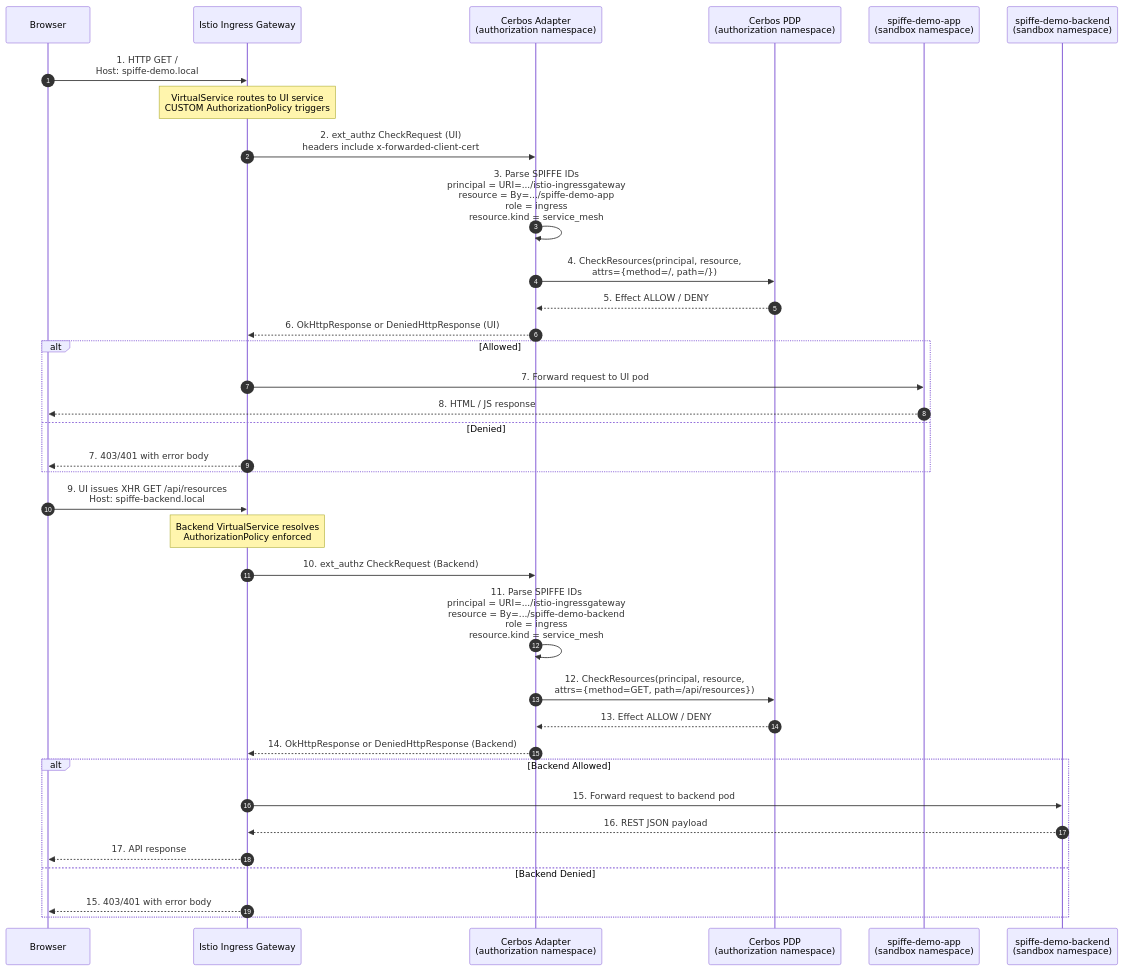
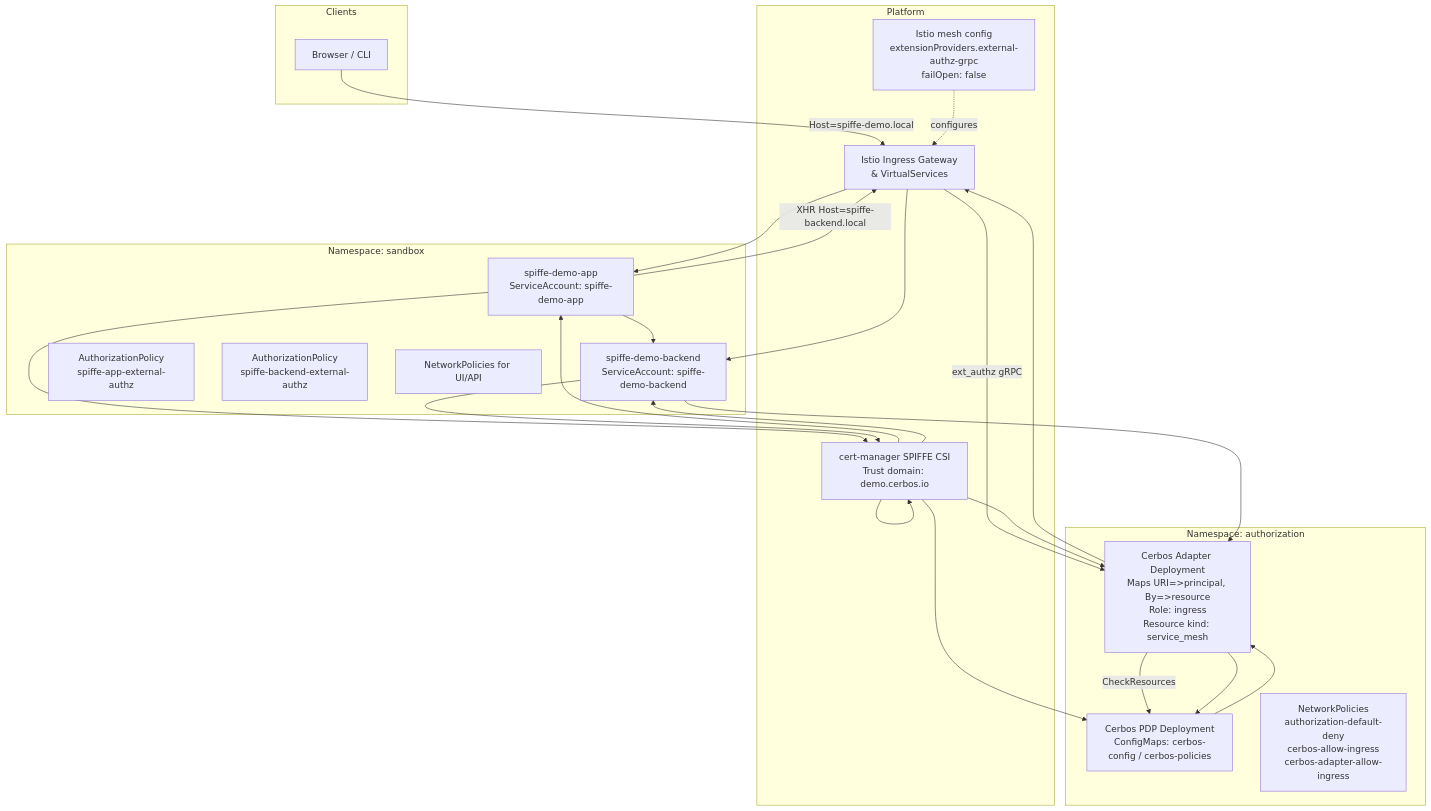
The first of 2 diagrams in README.md (cerbos/cerbos-zta-istio-spiffe), drawn with Mermaid before and after one commit. The commit also changed other lines of this file, not shown here.

````diff
--- a/README.md
+++ b/README.md
@@ -17,38 +13,37 @@
 ```mermaid
-sequenceDiagram
-    autonumber
-    participant Browser
-    participant Istio as Istio Ingress Gateway
-    participant Adapter as Cerbos Adapter<br/>(authorization namespace)
-    participant Cerbos as Cerbos PDP<br/>(authorization namespace)
-    participant App as spiffe-demo-app<br/>(sandbox namespace)
-    participant Backend as spiffe-demo-backend<br/>(sandbox namespace)
+flowchart TB
+    subgraph "Clients"
+        Browser[Browser / CLI]
+    end
 
-    Browser->>Istio: 1. HTTP GET /<br/>Host: spiffe-demo.local
-    Note over Istio: VirtualService routes to UI service<br/>CUSTOM AuthorizationPolicy triggers
-    Istio->>Adapter: 2. ext_authz CheckRequest (UI)<br/>headers include x-forwarded-client-cert
-    Adapter->>Adapter: 3. Parse SPIFFE IDs<br/>principal = URI=.../istio-ingressgateway<br/>resource = By=.../spiffe-demo-app<br/>role = ingress<br/>resource.kind = service_mesh
-    Adapter->>Cerbos: 4. CheckResources(principal, resource,<br/>attrs={method=/, path=/})
-    Cerbos-->>Adapter: 5. Effect ALLOW / DENY
-    Adapter-->>Istio: 6. OkHttpResponse or DeniedHttpResponse (UI)
-    alt Allowed
-        Istio->>App: 7. Forward request to UI pod
-        App-->>Browser: 8. HTML / JS response
-    else Denied
-        Istio-->>Browser: 7. 403/401 with error body
+    subgraph "Platform"
+        Istio[Istio Ingress Gateway<br/>& VirtualServices]
+        MeshConfig[Istio mesh config<br/>extensionProviders.external-authz-grpc<br/>failOpen: false]
+        CSI[cert-manager SPIFFE CSI<br/>Trust domain: demo.cerbos.io]
     end
-    Browser->>Istio: 9. UI issues XHR GET /api/resources<br/>Host: spiffe-backend.local
-    Note over Istio: Backend VirtualService resolves<br/>AuthorizationPolicy enforced
-    Istio->>Adapter: 10. ext_authz CheckRequest (Backend)
-    Adapter->>Adapter: 11. Parse SPIFFE IDs<br/>principal = URI=.../istio-ingressgateway<br/>resource = By=.../spiffe-demo-backend<br/>role = ingress<br/>resource.kind = service_mesh
-    Adapter->>Cerbos: 12. CheckResources(principal, resource,<br/>attrs={method=GET, path=/api/resources})
-    Cerbos-->>Adapter: 13. Effect ALLOW / DENY
-    Adapter-->>Istio: 14. OkHttpResponse or DeniedHttpResponse (Backend)
-    alt Backend Allowed
-        Istio->>Backend: 15. Forward request to backend pod
-        Backend-->>Istio: 16. REST JSON payload
-        Istio-->>Browser: 17. API response
-    else Backend Denied
-        Istio-->>Browser: 15. 403/401 with error body
+
+    subgraph "Namespace: sandbox"
+        UI[spiffe-demo-app<br/>ServiceAccount: spiffe-demo-app]
+        API[spiffe-demo-backend<br/>ServiceAccount: spiffe-demo-backend]
+        AppPolicy[AuthorizationPolicy<br/>spiffe-app-external-authz]
+        BkPolicy[AuthorizationPolicy<br/>spiffe-backend-external-authz]
+        SandboxNet[NetworkPolicies for UI/API]
     end
+
+    subgraph "Namespace: authorization"
+        Adapter[Cerbos Adapter Deployment<br/>Maps URI=&gt;principal, By=&gt;resource<br/>Role: ingress<br/>Resource kind: service_mesh]
+        Cerbos[Cerbos PDP Deployment<br/>ConfigMaps: cerbos-config / cerbos-policies]
+        AuthzNet[NetworkPolicies<br/>authorization-default-deny<br/>cerbos-allow-ingress<br/>cerbos-adapter-allow-ingress]
+    end
+
+    Browser -->|Host=spiffe-demo.local| Istio
+    Istio --> UI
+    UI -->|XHR Host=spiffe-backend.local| Istio
+    Istio -->|ext_authz gRPC| Adapter
+    Adapter -->|CheckResources| Cerbos
+    Cerbos --> Adapter
+    Adapter --> Istio --> API
+
+    CSI --> UI & CSI --> API & CSI --> Adapter & CSI --> Cerbos
+    MeshConfig -. configures .-> Istio
 ```
````
